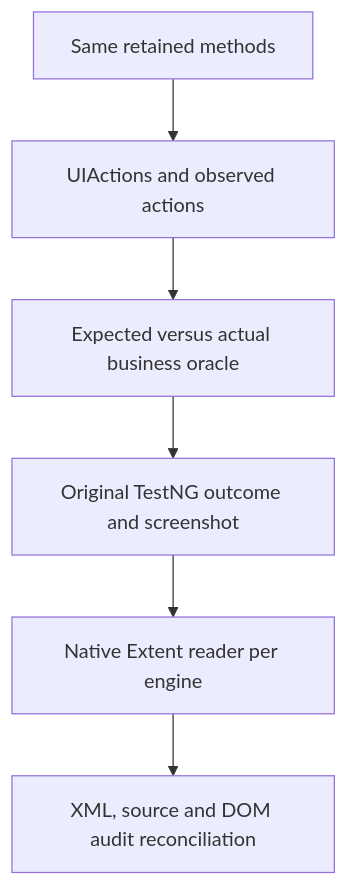
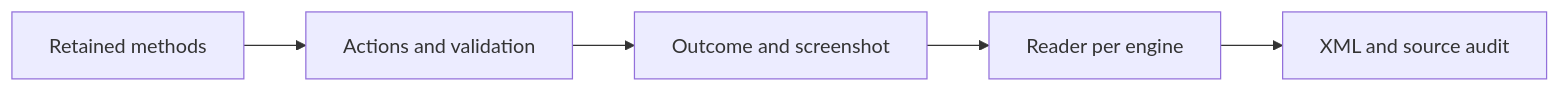
The diagram in docs/feedback/Retained_UI_Auditability.md (crististefanita/ATF_AI), drawn with Mermaid before and after one commit. The commit also changed other lines of this file and 111 other files, not shown here.

````diff
--- a/docs/feedback/Retained_UI_Auditability.md
+++ b/docs/feedback/Retained_UI_Auditability.md
@@ -66,8 +66,7 @@
 ```mermaid
-flowchart TB
-    Methods["Same retained methods"] --> Actions["UIActions and observed actions"]
-    Actions --> Validation["Expected versus actual business oracle"]
-    Validation --> Listener["Original TestNG outcome and screenshot"]
-    Listener --> Reader["Native Extent reader per engine"]
-    Reader --> Audit["XML, source and DOM audit reconciliation"]
+flowchart LR
+    Methods["Retained methods"] --> Actions["Actions and validation"]
+    Actions --> Listener["Outcome and screenshot"]
+    Listener --> Reader["Reader per engine"]
+    Reader --> Audit["XML and source audit"]
 ```
````
